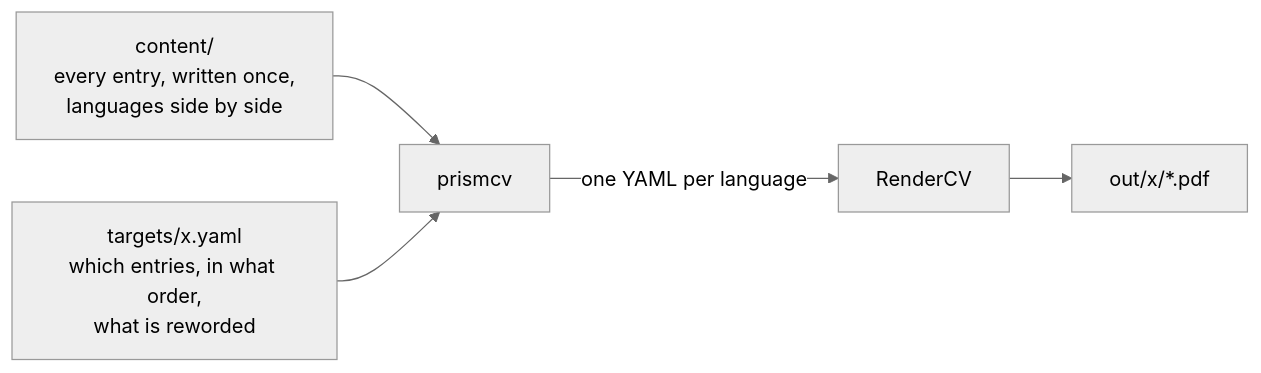
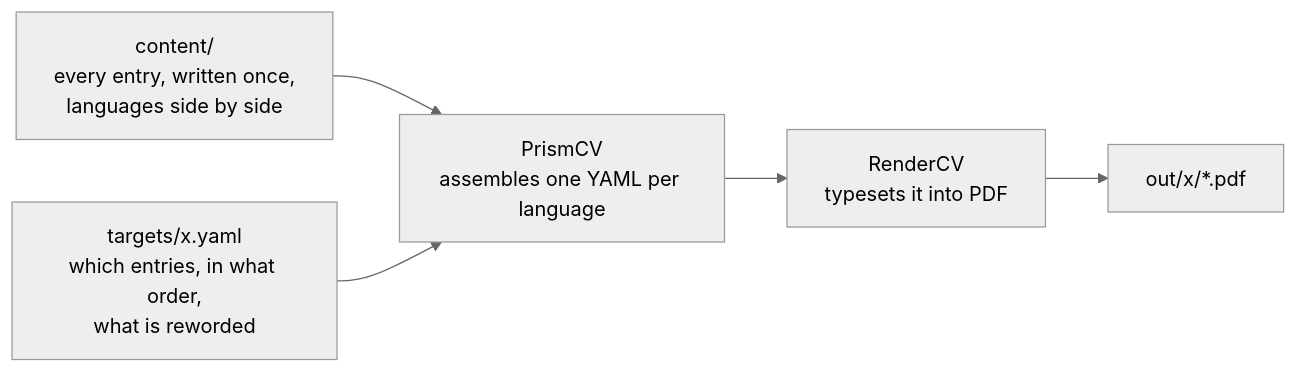
Before and after one commit to AnzhiZhang/PrismCV: the diagram in README.md, drawn with Mermaid (neutral theme). The commit also changed 1 other file, not shown here.

Commit message:
docs: clarify the pipeline diagram
Move the "one YAML per language" edge label into the PrismCV node and
add a subtitle to RenderCV, so each node explains its role. Also title-case
the PrismCV node.

````diff
--- a/README.md
+++ b/README.md
@@ -22,12 +22,12 @@
 ```mermaid
 flowchart LR
     C["content/<br/>every entry, written once,<br/>languages side by side"]
     T["targets/x.yaml<br/>which entries, in what order,<br/>what is reworded"]
-    B["prismcv"]
-    R["RenderCV"]
+    B["PrismCV<br/>assembles one YAML per language"]
+    R["RenderCV<br/>typesets it into PDF"]
     P["out/x/*.pdf"]
 
     C --> B
     T --> B
-    B -->|one YAML per language| R --> P
+    B --> R --> P
 ```
````
